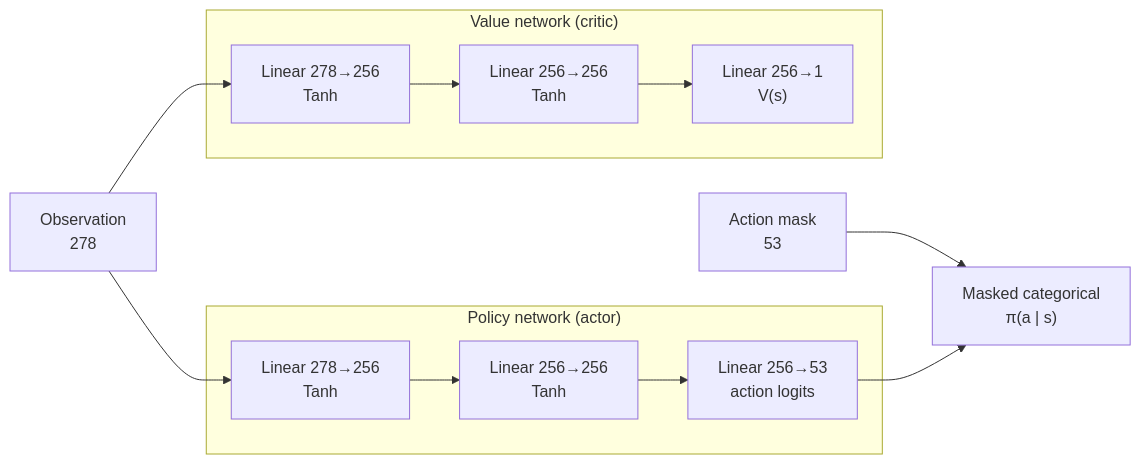
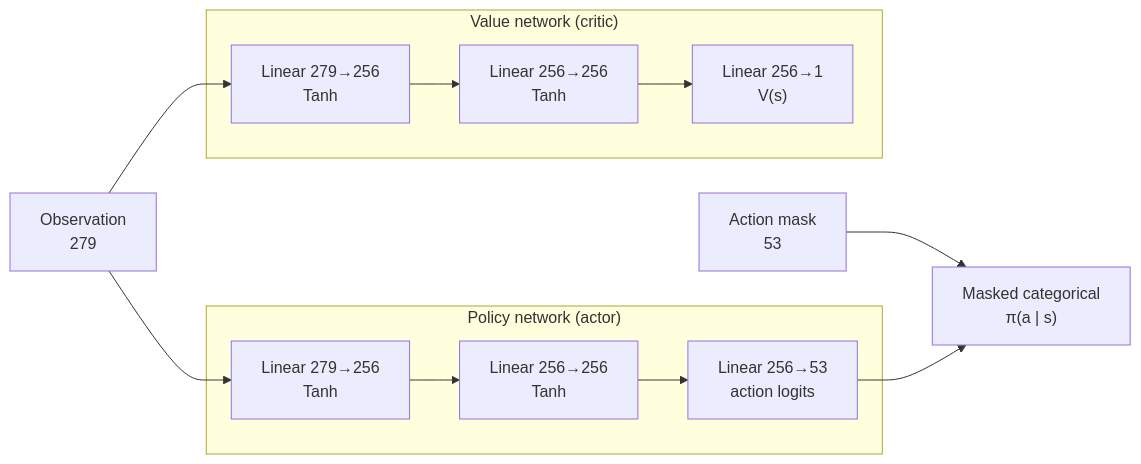
Before and after one commit to Naris404/clash_royale_rl_agent: the diagram in docs/rl-agent.md, drawn with Mermaid. The commit also changed other lines of this file and 4 other files, not shown here.

````diff
--- a/docs/rl-agent.md
+++ b/docs/rl-agent.md
@@ -288,13 +289,13 @@
 ```mermaid
 flowchart LR
-    obs["Observation<br/>278"] --> p1["Linear 278→256<br/>Tanh"]
-    obs --> v1["Linear 278→256<br/>Tanh"]
+    obs["Observation<br/>279"] --> p1["Linear 279→256<br/>Tanh"]
+    obs --> v1["Linear 279→256<br/>Tanh"]
     subgraph policy["Policy network (actor)"]
         p1 --> p2["Linear 256→256<br/>Tanh"] --> logits["Linear 256→53<br/>action logits"]
     end
     subgraph value["Value network (critic)"]
         v1 --> v2["Linear 256→256<br/>Tanh"] --> val["Linear 256→1<br/>V(s)"]
     end
     mask["Action mask<br/>53"] --> dist
     logits --> dist["Masked categorical<br/>π(a | s)"]
 ```
````
